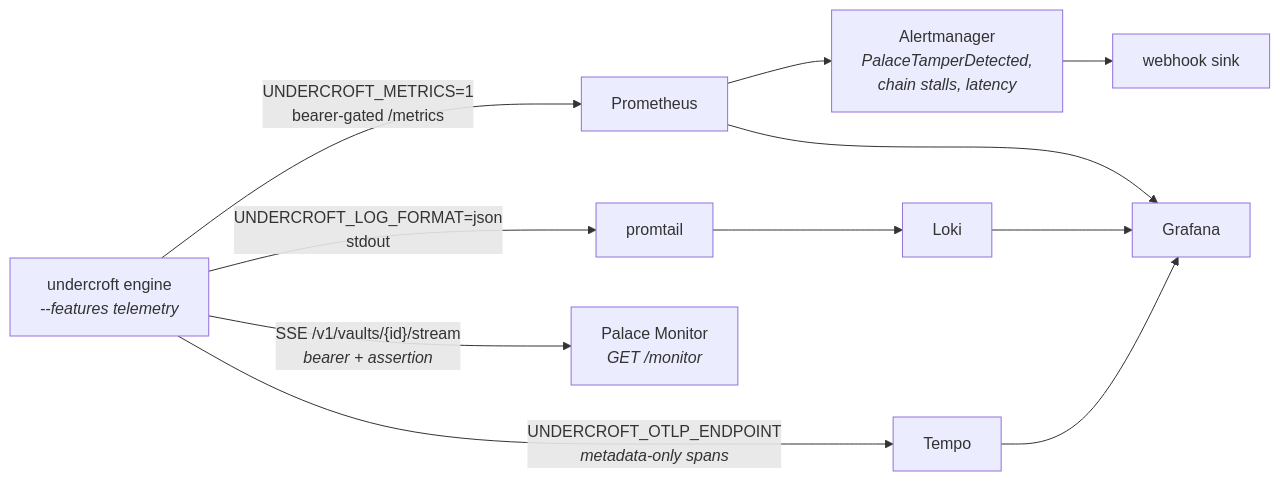
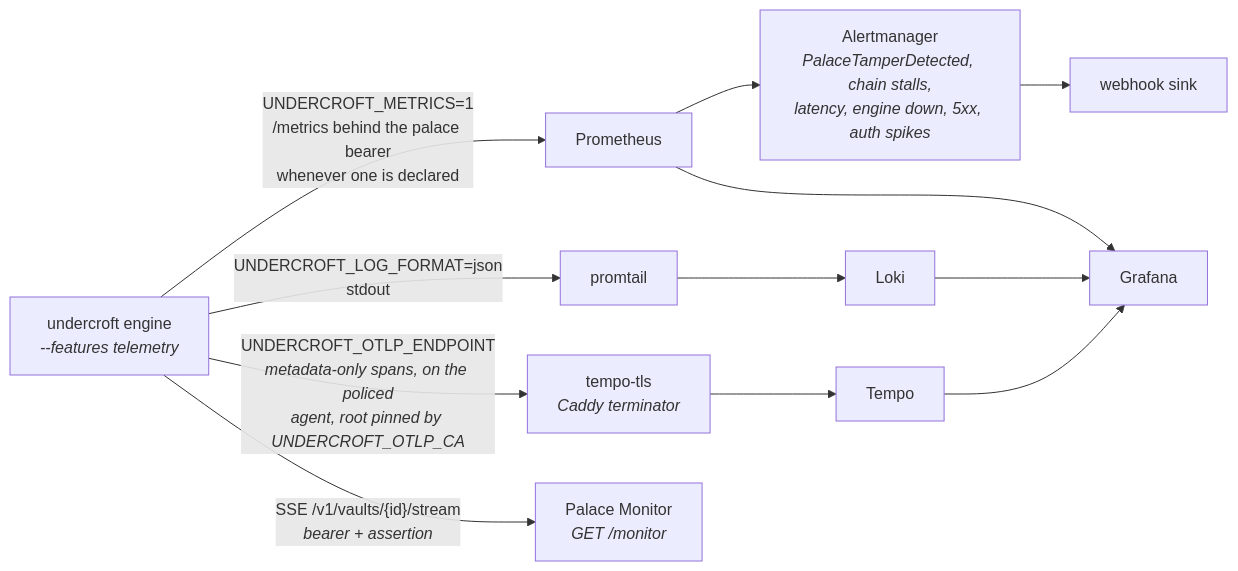
One commit to sealcroft/undercroft changed the diagram in website/src/observability.md. Above: the diagram before and after it, drawn with Mermaid. The commit also changed 78 other files, not shown here.

First line of the commit message:
the three diagram sets described a different engine — audited against the code, corrected, and ten views added

````diff
--- a/website/src/observability.md
+++ b/website/src/observability.md
@@ -26,12 +26,12 @@
 ```mermaid
 flowchart LR
     e["undercroft engine<br/><i>--features telemetry</i>"]
-    e -- "UNDERCROFT_METRICS=1<br/>bearer-gated /metrics" --> prom["Prometheus"]
-    prom --> am["Alertmanager<br/><i>PalaceTamperDetected,<br/>chain stalls, latency</i>"] --> hook["webhook sink"]
+    e -- "UNDERCROFT_METRICS=1<br/>/metrics behind the palace bearer<br/>whenever one is declared" --> prom["Prometheus"]
+    prom --> am["Alertmanager<br/><i>PalaceTamperDetected, chain stalls,<br/>latency, engine down, 5xx, auth spikes</i>"] --> hook["webhook sink"]
     e -- "UNDERCROFT_LOG_FORMAT=json<br/>stdout" --> promtail["promtail"] --> loki["Loki"]
-    e -- "UNDERCROFT_OTLP_ENDPOINT<br/><i>metadata-only spans</i>" --> tempo["Tempo"]
+    e -- "UNDERCROFT_OTLP_ENDPOINT<br/><i>metadata-only spans, on the policed<br/>agent, root pinned by UNDERCROFT_OTLP_CA</i>" --> tls["tempo-tls<br/><i>Caddy terminator</i>"] --> tempo["Tempo"]
     e -- "SSE /v1/vaults/{id}/stream<br/><i>bearer + assertion</i>" --> monitor["Palace Monitor<br/><i>GET /monitor</i>"]
     prom --> graf["Grafana"]
     loki --> graf
     tempo --> graf
 ```
````
